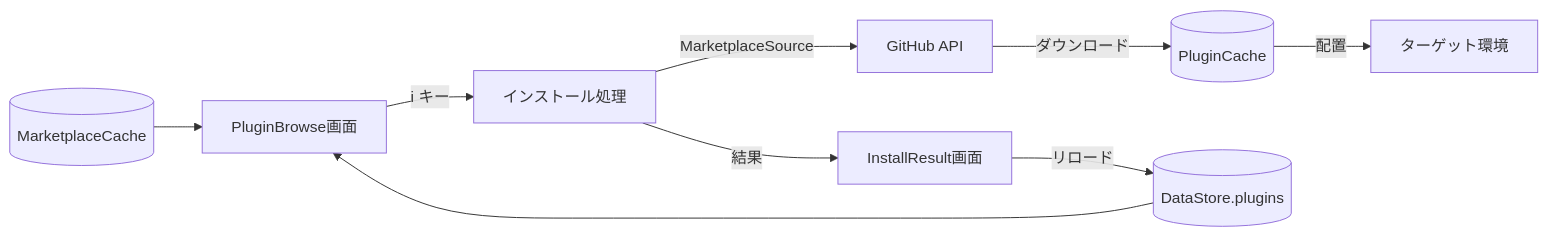
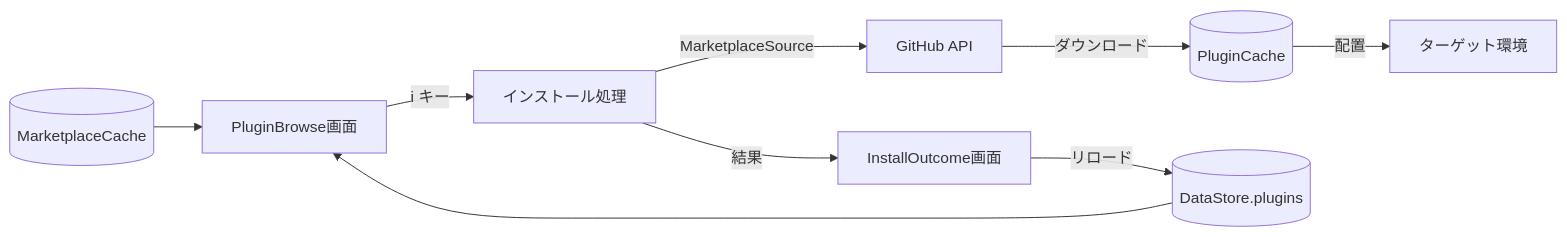
Before and after one commit to DIO0550/plugin-manager: the third of 3 diagrams in docs/design-marketplace-browse-install.md, drawn with Mermaid. The commit also changed other lines of this file and 3 other files, not shown here.

````diff
--- a/docs/design-marketplace-browse-install.md
+++ b/docs/design-marketplace-browse-install.md
@@ -300,11 +300,11 @@
 ```mermaid
 flowchart LR
     Cache[(MarketplaceCache)] --> Browse[PluginBrowse画面]
     DataStore[(DataStore.plugins)] --> Browse
     Browse --> |i キー| Install[インストール処理]
     Install --> |MarketplaceSource| GitHub[GitHub API]
     GitHub --> |ダウンロード| PluginCache[(PluginCache)]
     PluginCache --> |配置| Target[ターゲット環境]
-    Install --> |結果| Result[InstallResult画面]
+    Install --> |結果| Result[InstallOutcome画面]
     Result --> |リロード| DataStore
 ```
````
